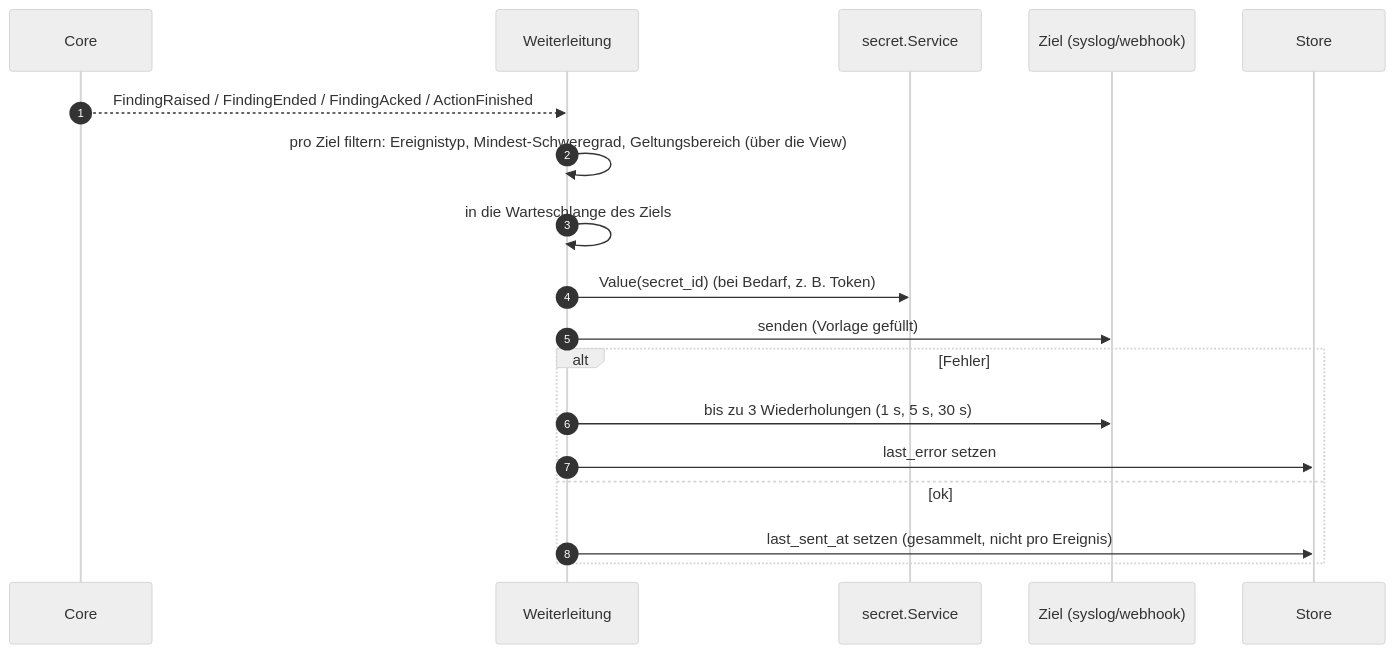
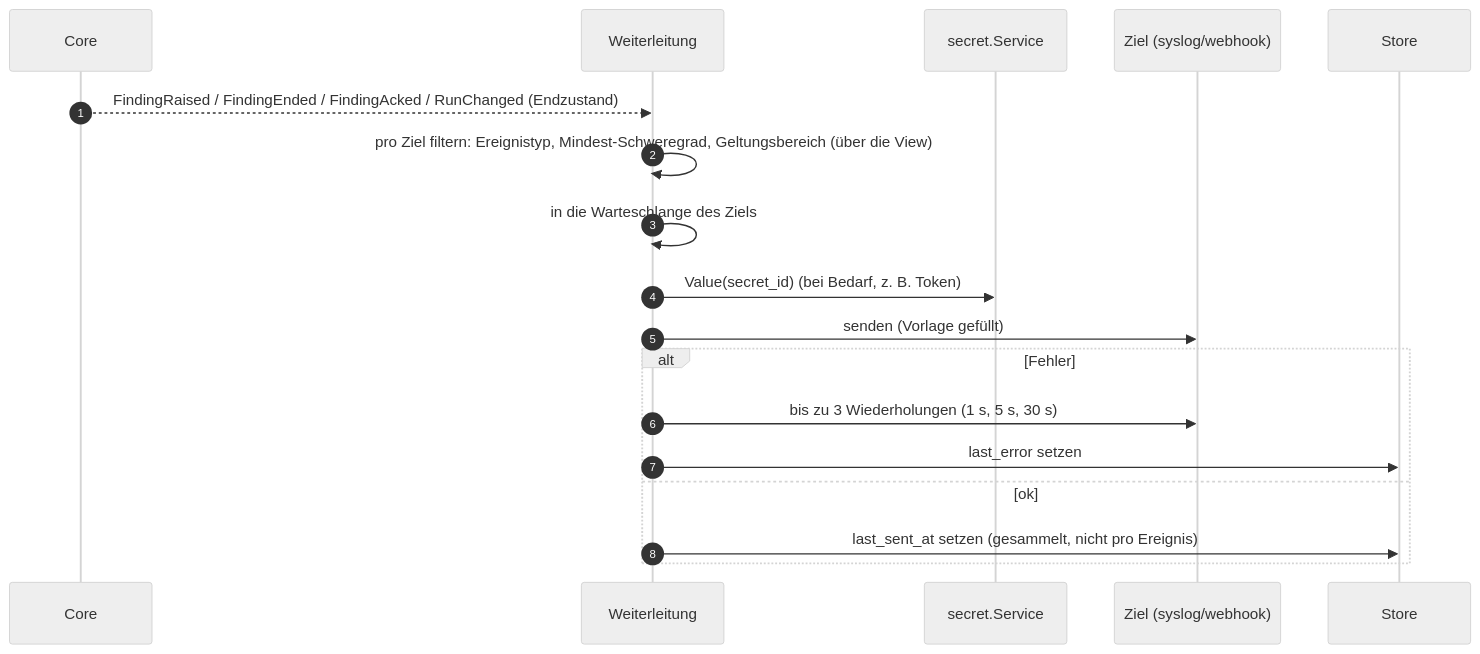
One commit to lukirs95/monika changed the third of 6 diagrams in docs/contracts/flows.md. Above: the diagram before and after it, drawn with Mermaid (neutral theme). The commit also changed other lines of this file and 8 other files, not shown here.

First line of the commit message:
docs: apply architecture audit to contracts, API and status

````diff
--- a/docs/contracts/flows.md
+++ b/docs/contracts/flows.md
@@ -83,21 +93,21 @@
 ```mermaid
 sequenceDiagram
     autonumber
     participant C as Core
     participant F as Weiterleitung
     participant Sec as secret.Service
     participant Z as Ziel (syslog/webhook)
     participant S as Store
 
-    C-->>F: FindingRaised / FindingEnded / FindingAcked / ActionFinished
+    C-->>F: FindingRaised / FindingEnded / FindingAcked / RunChanged (Endzustand)
     F->>F: pro Ziel filtern: Ereignistyp, Mindest-Schweregrad, Geltungsbereich (über die View)
     F->>F: in die Warteschlange des Ziels
     F->>Sec: Value(secret_id) (bei Bedarf, z. B. Token)
     F->>Z: senden (Vorlage gefüllt)
     alt Fehler
         F->>Z: bis zu 3 Wiederholungen (1 s, 5 s, 30 s)
         F->>S: last_error setzen
     else ok
         F->>S: last_sent_at setzen (gesammelt, nicht pro Ereignis)
     end
 ```
````
